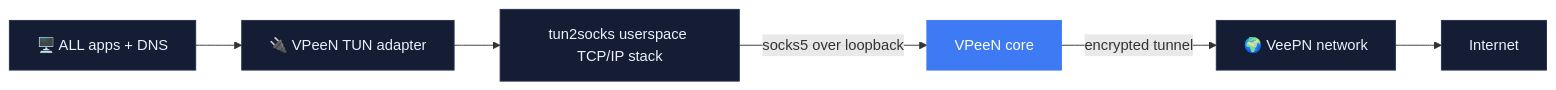
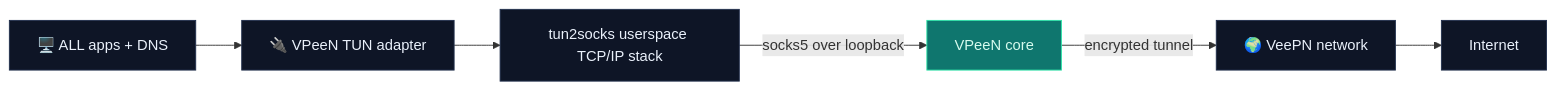
One commit to SirBNL/VPeeN changed the second of 2 diagrams in README.md. Above: the diagram before and after it, drawn with Mermaid. The commit also changed other lines of this file and 18 other files, not shown here.

````diff
--- a/README.md
+++ b/README.md
@@ -136,14 +151,14 @@
 ```mermaid
 flowchart LR
     A["🖥️ ALL apps + DNS"] --> B["🔌 VPeeN TUN adapter"]
     B --> C["tun2socks userspace TCP/IP stack"]
     C -->|"socks5 over loopback"| D["VPeeN core"]
     D -->|"encrypted tunnel"| E["🌍 VeePN network"]
     E --> F["Internet"]
-    style D fill:#3e7af4,color:#ffffff,stroke:#3e7af4
-    style A fill:#141d33,color:#eaf1fb,stroke:#22304d
-    style B fill:#141d33,color:#eaf1fb,stroke:#22304d
-    style C fill:#141d33,color:#eaf1fb,stroke:#22304d
-    style E fill:#141d33,color:#eaf1fb,stroke:#22304d
-    style F fill:#141d33,color:#eaf1fb,stroke:#22304d
+    style D fill:#0f766e,color:#d7fbee,stroke:#2de3a7
+    style A fill:#0e1526,color:#eaf1fb,stroke:#22304d
+    style B fill:#0e1526,color:#eaf1fb,stroke:#22304d
+    style C fill:#0e1526,color:#eaf1fb,stroke:#22304d
+    style E fill:#0e1526,color:#eaf1fb,stroke:#22304d
+    style F fill:#0e1526,color:#eaf1fb,stroke:#22304d
 ```
````
